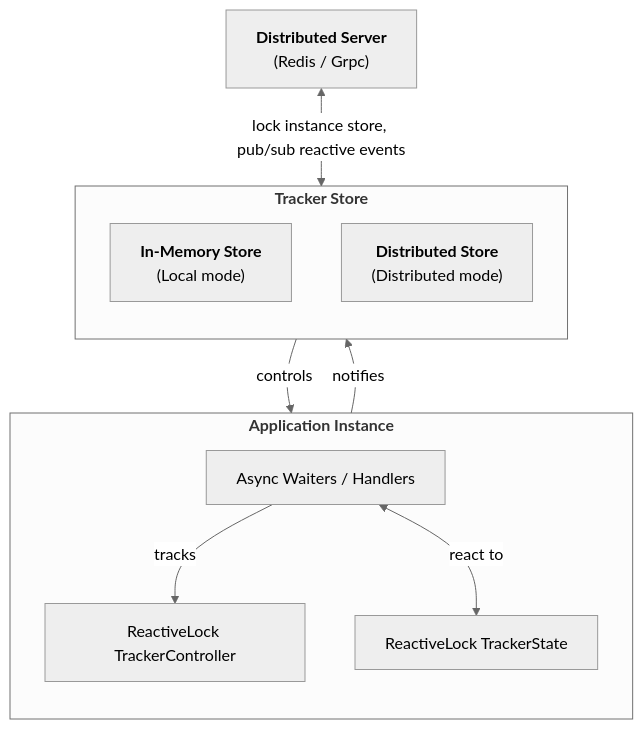
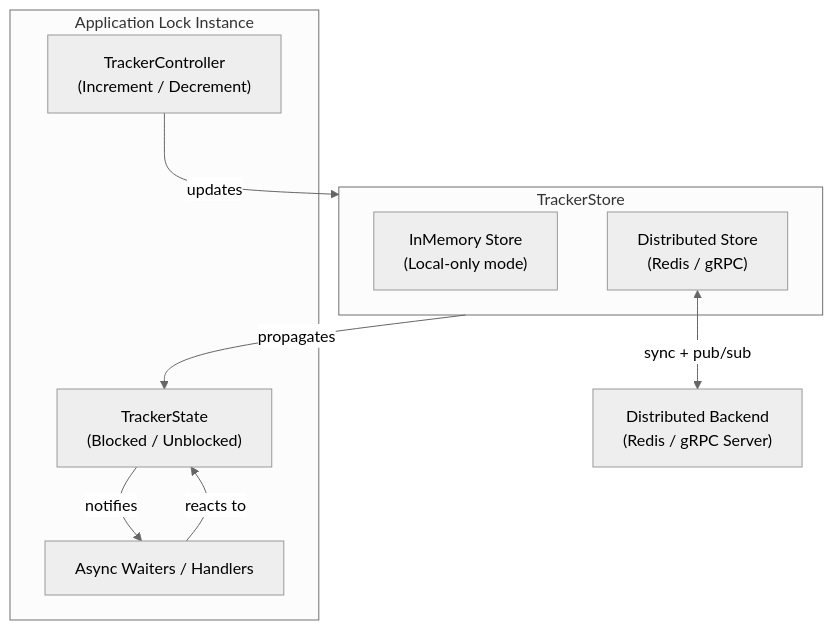
The diagram in README.md (micheloliveira-com/ReactiveLock), drawn with Mermaid (neutral theme) before and after one commit. The commit also changed other lines of this file and 2 other files, not shown here.

Commit message:
feat: distributed docs

````diff
--- a/README.md
+++ b/README.md
@@ -123,24 +144,22 @@
 ```mermaid
-flowchart TB
-  subgraph Application["<b>Application Instance</b>"]
-    direction TB
-    TrackerController[ReactiveLock TrackerController]
-    TrackerState[ReactiveLock TrackerState]
-    AsyncWaiters[Async Waiters / Handlers]
-  end
+flowchart TD
+    subgraph App["Application Lock Instance"]
+        Controller["TrackerController<br/>(Increment / Decrement)"]
+        State["TrackerState<br/>(Blocked / Unblocked)"]
+        Waiters["Async Waiters / Handlers"]
+    end
 
-  subgraph TrackerStore["<b>Tracker Store</b>"]
-    direction TB
-    InMemory["<b>In-Memory Store</b><br/>(Local mode)"]
-    RedisStore["<b>Distributed Store</b><br/>(Distributed mode)"]
-  end
+    subgraph Stores["TrackerStore"]
+        Local["InMemory Store<br/>(Local-only mode)"]
+        Dist["Distributed Store<br/>(Redis / gRPC)"]
+    end
 
-  RedisServer["<b>Distributed Server</b><br/>(Redis / Grpc)"]
+    Backend["Distributed Backend<br/>(Redis / gRPC Server)"]
 
-  AsyncWaiters <-->|react to| TrackerState
-  AsyncWaiters -->|tracks| TrackerController
-  TrackerStore -->|controls| TrackerState
-  TrackerController -->|notifies| TrackerStore
-  RedisServer <-->|lock instance store, pub/sub reactive events| RedisStore
+    Controller -->|updates| Stores
+    Stores -->|propagates| State
+    State -->|notifies| Waiters
+    Waiters -->|reacts to| State
 
+    Dist <-->|sync + pub/sub| Backend
 ```
````
